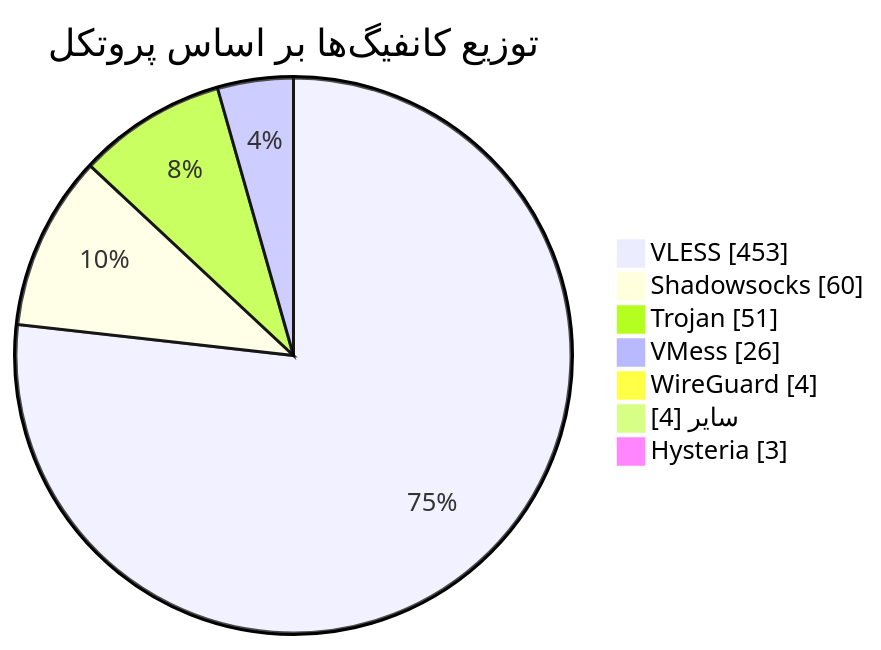
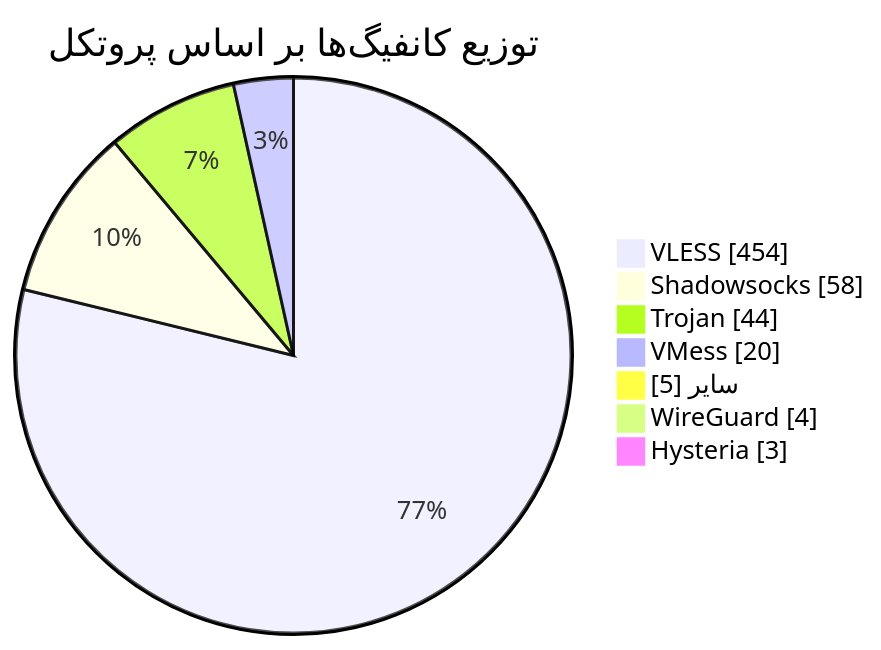
The diagram in README.md (Arian-Alijani/Somthing), drawn with Mermaid before and after one commit. The commit also changed other lines of this file and 19 other files, not shown here.

````diff
--- a/README.md
+++ b/README.md
@@ -49,11 +49,11 @@
 ```mermaid
 pie showData
     title توزیع کانفیگ‌ها بر اساس پروتکل
-    "VLESS" : 453
-    "Shadowsocks" : 60
-    "Trojan" : 51
-    "VMess" : 26
+    "VLESS" : 454
+    "Shadowsocks" : 58
+    "Trojan" : 44
+    "VMess" : 20
+    "سایر" : 5
     "WireGuard" : 4
-    "سایر" : 4
     "Hysteria" : 3
 ```
````
